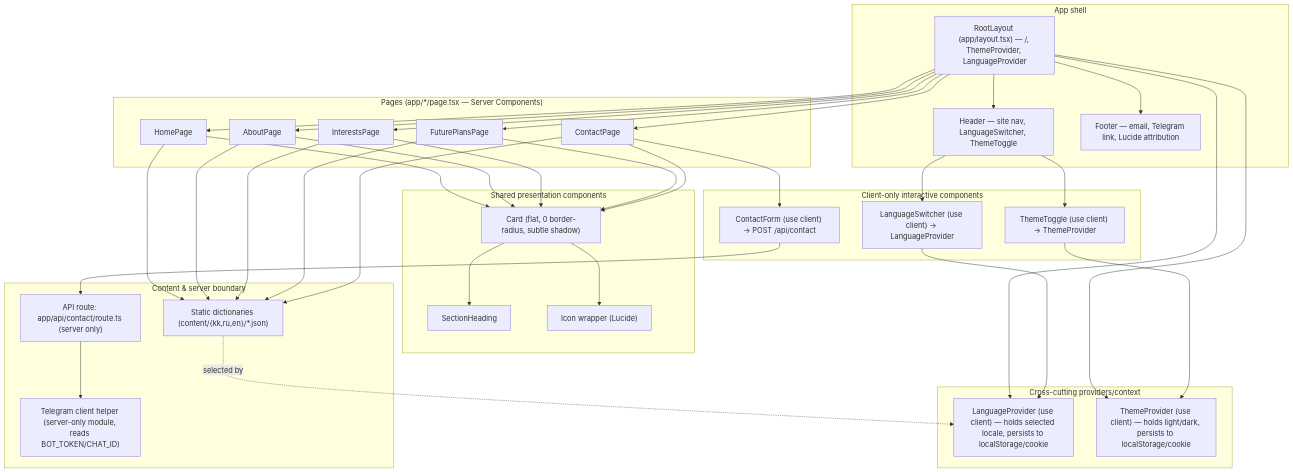
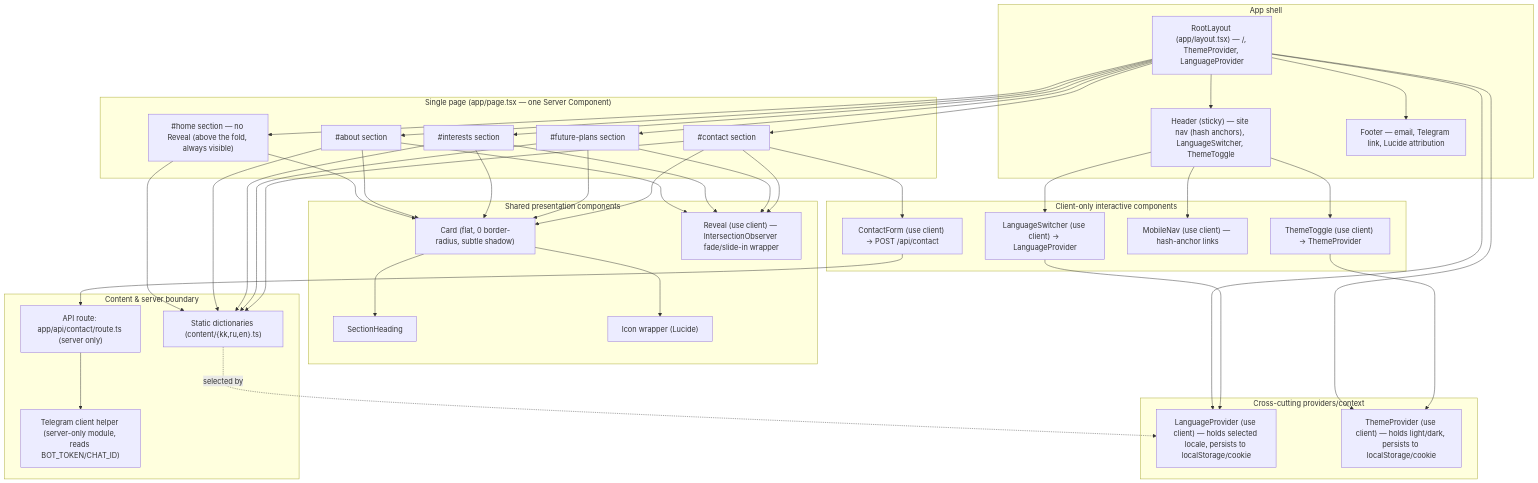
The diagram in docs/diagrams/component-structure.mmd (aablty/kbtu_se_2026_tsis), drawn with Mermaid before and after one commit. The commit also changed 38 other files, not shown here.

```diff
--- a/docs/diagrams/component-structure.mmd
+++ b/docs/diagrams/component-structure.mmd
@@ -1,73 +1,81 @@
 %% Component/structure diagram — pseudo-level boxes and relationships only.
 %% No prop types, no CSS, no business logic.
 graph TD
     subgraph "App shell"
         RootLayout["RootLayout (app/layout.tsx) — <html>/<body>, ThemeProvider, LanguageProvider"]
-        Header["Header — site nav, LanguageSwitcher, ThemeToggle"]
+        Header["Header (sticky) — site nav (hash anchors), LanguageSwitcher, ThemeToggle"]
         Footer["Footer — email, Telegram link, Lucide attribution"]
     end
 
-    subgraph "Pages (app/*/page.tsx — Server Components)"
-        HomePage["HomePage"]
-        AboutPage["AboutPage"]
-        InterestsPage["InterestsPage"]
-        FuturePage["FuturePlansPage"]
-        ContactPage["ContactPage"]
+    subgraph "Single page (app/page.tsx — one Server Component)"
+        HomeSection["#home section — no Reveal (above the fold, always visible)"]
+        AboutSection["#about section"]
+        InterestsSection["#interests section"]
+        FutureSection["#future-plans section"]
+        ContactSection["#contact section"]
     end
 
     subgraph "Shared presentation components"
         Card["Card (flat, 0 border-radius, subtle shadow)"]
         SectionHeading["SectionHeading"]
         Icon["Icon wrapper (Lucide)"]
+        Reveal["Reveal (use client) — IntersectionObserver fade/slide-in wrapper"]
     end
 
     subgraph "Client-only interactive components"
         LanguageSwitcher["LanguageSwitcher (use client) → LanguageProvider"]
         ThemeToggle["ThemeToggle (use client) → ThemeProvider"]
+        MobileNav["MobileNav (use client) — hash-anchor links"]
         ContactForm["ContactForm (use client) → POST /api/contact"]
     end
 
     subgraph "Cross-cutting providers/context"
         LanguageProvider["LanguageProvider (use client) — holds selected locale, persists to localStorage/cookie"]
         ThemeProvider["ThemeProvider (use client) — holds light/dark, persists to localStorage/cookie"]
     end
 
     subgraph "Content & server boundary"
-        Dictionaries["Static dictionaries (content/{kk,ru,en}/*.json)"]
+        Dictionaries["Static dictionaries (content/{kk,ru,en}.ts)"]
         ContactRoute["API route: app/api/contact/route.ts (server only)"]
         TelegramClient["Telegram client helper (server-only module, reads BOT_TOKEN/CHAT_ID)"]
     end
 
     RootLayout --> Header
     RootLayout --> Footer
     RootLayout --> LanguageProvider
     RootLayout --> ThemeProvider
-    RootLayout --> HomePage
-    RootLayout --> AboutPage
-    RootLayout --> InterestsPage
-    RootLayout --> FuturePage
-    RootLayout --> ContactPage
+    RootLayout --> HomeSection
+    RootLayout --> AboutSection
+    RootLayout --> InterestsSection
+    RootLayout --> FutureSection
+    RootLayout --> ContactSection
 
     Header --> LanguageSwitcher
     Header --> ThemeToggle
+    Header --> MobileNav
     LanguageSwitcher --> LanguageProvider
     ThemeToggle --> ThemeProvider
 
-    HomePage --> Card
-    AboutPage --> Card
-    InterestsPage --> Card
-    FuturePage --> Card
-    ContactPage --> Card
+    AboutSection --> Reveal
+    InterestsSection --> Reveal
+    FutureSection --> Reveal
+    ContactSection --> Reveal
+
+    HomeSection --> Card
+    AboutSection --> Card
+    InterestsSection --> Card
+    FutureSection --> Card
+    ContactSection --> Card
     Card --> SectionHeading
     Card --> Icon
 
-    HomePage --> Dictionaries
-    AboutPage --> Dictionaries
-    InterestsPage --> Dictionaries
-    FuturePage --> Dictionaries
-    ContactPage --> Dictionaries
+    HomeSection --> Dictionaries
+    AboutSection --> Dictionaries
+    InterestsSection --> Dictionaries
+    FutureSection --> Dictionaries
+    ContactSection --> Dictionaries
     Dictionaries -. "selected by" .-> LanguageProvider
 
-    ContactPage --> ContactForm
+    ContactSection --> ContactForm
     ContactForm --> ContactRoute
     ContactRoute --> TelegramClient
```
